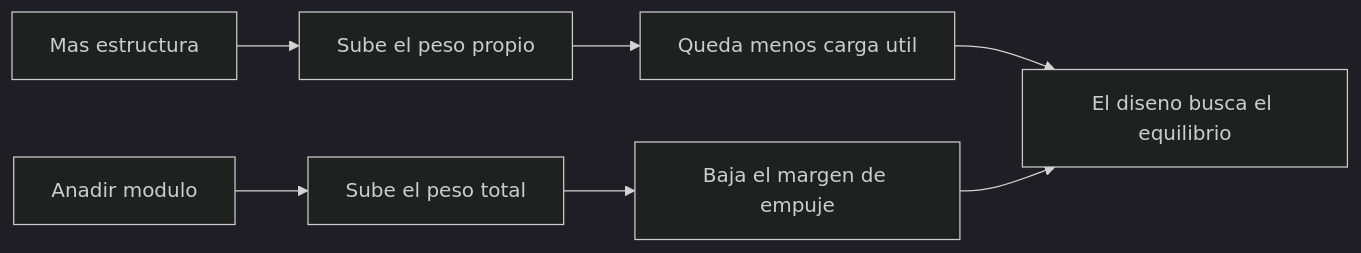
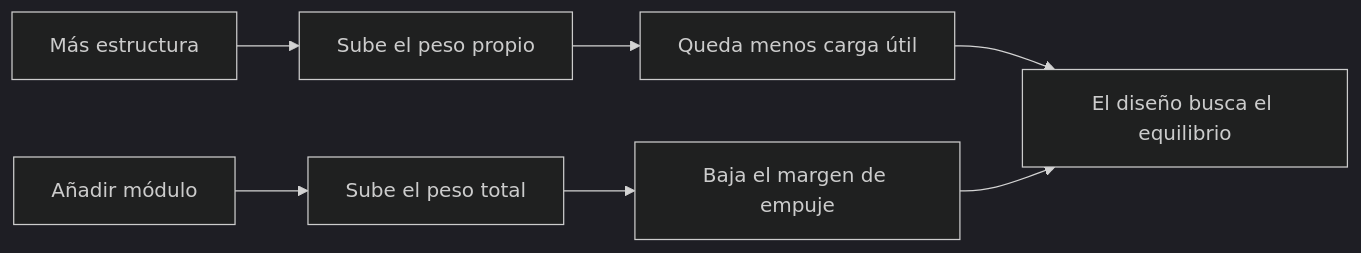
Before and after one commit to vladimiracunadev-create/machine-operator-program: the diagram in vehiculos-fantasticos/thunderbird-2/recursos/recursos-thunderbird-2.md, drawn with Mermaid (dark theme). The commit also changed other lines of this file and 442 other files, not shown here.

````diff
--- a/vehiculos-fantasticos/thunderbird-2/recursos/recursos-thunderbird-2.md
+++ b/vehiculos-fantasticos/thunderbird-2/recursos/recursos-thunderbird-2.md
@@ -31,9 +31,9 @@
 ```mermaid
 flowchart LR
-    Estructura[Mas estructura] --> Peso[Sube el peso propio]
-    Peso --> Menos[Queda menos carga util]
-    Carga[Anadir modulo] --> Total[Sube el peso total]
+    Estructura[Más estructura] --> Peso[Sube el peso propio]
+    Peso --> Menos[Queda menos carga útil]
+    Carga[Añadir módulo] --> Total[Sube el peso total]
     Total --> Empuje[Baja el margen de empuje]
-    Menos --> Idea[El diseno busca el equilibrio]
+    Menos --> Idea[El diseño busca el equilibrio]
     Empuje --> Idea
 ```
````
